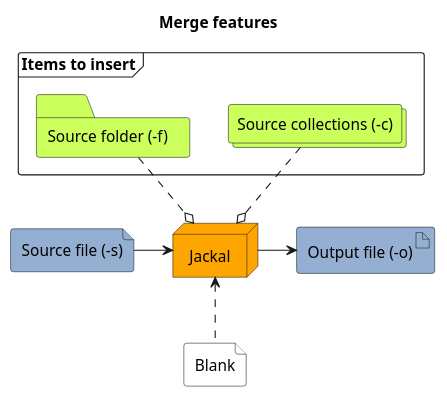
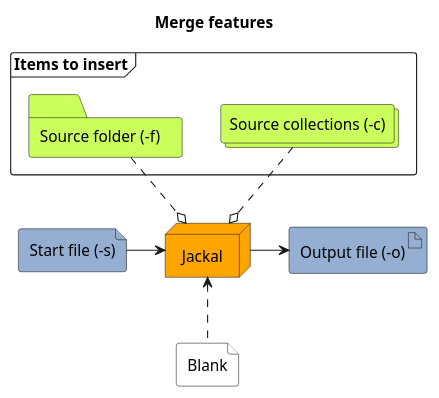
One commit to ile2807/postman-collection-tools-cli changed the diagram in mergeFeatures.iuml. Above: the diagram before and after it, drawn with PlantUML. The commit also changed 1 other file, not shown here.

Commit message:
Diagram typos

```diff
--- a/mergeFeatures.iuml
+++ b/mergeFeatures.iuml
@@ -1,18 +1,18 @@
 @startuml
 node Jackal as j #Orange
 title Merge features
 frame "Items to insert" as fr {
     collections "Source collections (-c)" as sc #cbff5c
     folder "Source folder (-f)" as f #cbff5c
 }
-file "Source file (-s)" as sf #94afd1
+file "Start file (-s)" as sf #94afd1
 file "Blank" as b #White
 artifact "Output file (-o)" as o #94afd1
 f -[dashed]down-o j
 sc -[dashed]down-o j
 sf -right-> j
 j -right-> o
 b -[dashed]up-> j
 
 
 @enduml
```
